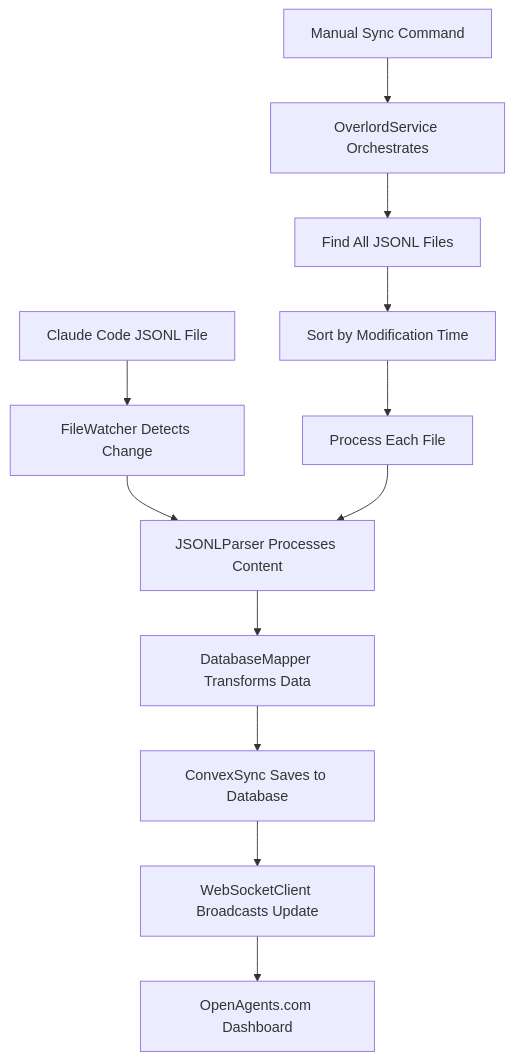
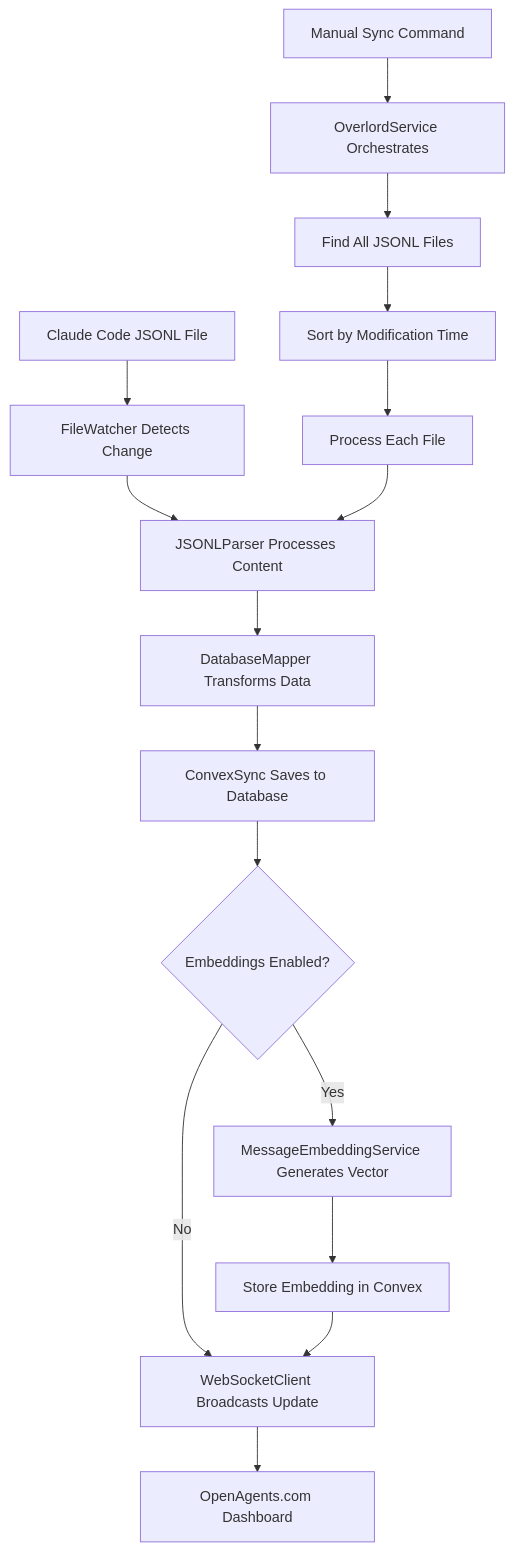
The first of 2 diagrams in docs/guides/overlord-sync-architecture.md (OpenAgentsInc/openagents), drawn with Mermaid before and after one commit. The commit also changed other lines of this file and 1 other file, not shown here.

First line of the commit message:
docs: Update guides to document vector embedding implementation

````diff
--- a/docs/guides/overlord-sync-architecture.md
+++ b/docs/guides/overlord-sync-architecture.md
@@ -324,15 +343,19 @@
 ```mermaid
 graph TD
     A[Claude Code JSONL File] --> B[FileWatcher Detects Change]
     B --> C[JSONLParser Processes Content]
     C --> D[DatabaseMapper Transforms Data]
     D --> E[ConvexSync Saves to Database]
-    E --> F[WebSocketClient Broadcasts Update]
-    F --> G[OpenAgents.com Dashboard]
+    E --> F{Embeddings Enabled?}
+    F -->|Yes| G[MessageEmbeddingService Generates Vector]
+    F -->|No| I[WebSocketClient Broadcasts Update]
+    G --> H[Store Embedding in Convex]
+    H --> I[WebSocketClient Broadcasts Update]
+    I --> J[OpenAgents.com Dashboard]
     
-    H[Manual Sync Command] --> I[OverlordService Orchestrates]
-    I --> J[Find All JSONL Files]
-    J --> K[Sort by Modification Time]
-    K --> L[Process Each File]
-    L --> C
+    K[Manual Sync Command] --> L[OverlordService Orchestrates]
+    L --> M[Find All JSONL Files]
+    M --> N[Sort by Modification Time]
+    N --> O[Process Each File]
+    O --> C
 ```
````
